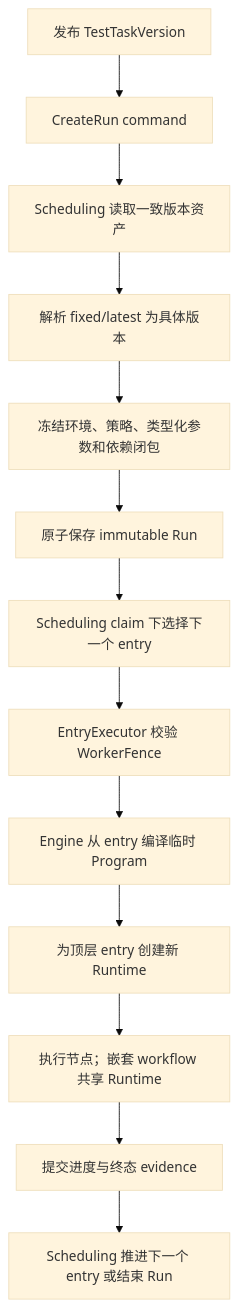
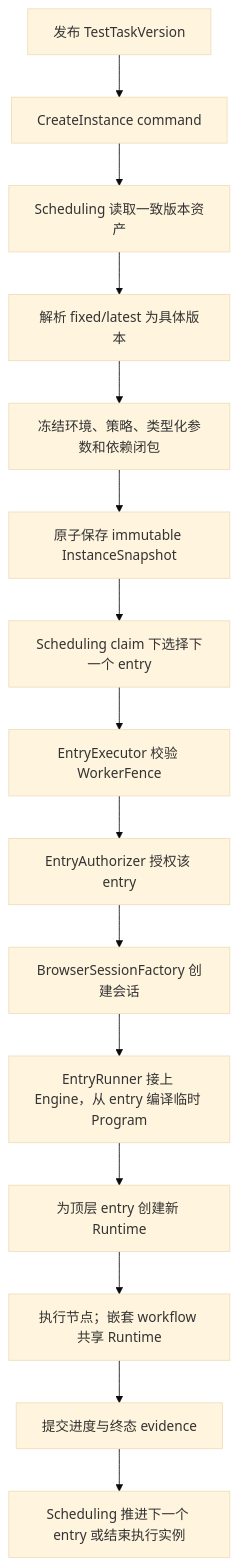
The diagram in docs/architecture/end-to-end-execution.md (Capsule7446/healix-core), drawn with Mermaid (base theme) before and after one commit. The commit also changed other lines of this file and 380 other files, not shown here.

````diff
--- a/docs/architecture/end-to-end-execution.md
+++ b/docs/architecture/end-to-end-execution.md
@@ -5,15 +7,17 @@
 ```mermaid
 flowchart TD
-  A[发布 TestTaskVersion] --> B[CreateRun command]
+  A[发布 TestTaskVersion] --> B[CreateInstance command]
   B --> C[Scheduling 读取一致版本资产]
   C --> D[解析 fixed/latest 为具体版本]
   D --> E[冻结环境、策略、类型化参数和依赖闭包]
-  E --> F[原子保存 immutable Run]
+  E --> F[原子保存 immutable InstanceSnapshot]
   F --> G[Scheduling claim 下选择下一个 entry]
   G --> H[EntryExecutor 校验 WorkerFence]
-  H --> I[Engine 从 entry 编译临时 Program]
+  H --> H2[EntryAuthorizer 授权该 entry]
+  H2 --> H3[BrowserSessionFactory 创建会话]
+  H3 --> I[EntryRunner 接上 Engine，从 entry 编译临时 Program]
   I --> J[为顶层 entry 创建新 Runtime]
   J --> K[执行节点；嵌套 workflow 共享 Runtime]
   K --> L[提交进度与终态 evidence]
-  L --> M[Scheduling 推进下一个 entry 或结束 Run]
+  L --> M[Scheduling 推进下一个 entry 或结束执行实例]
 ```
````
